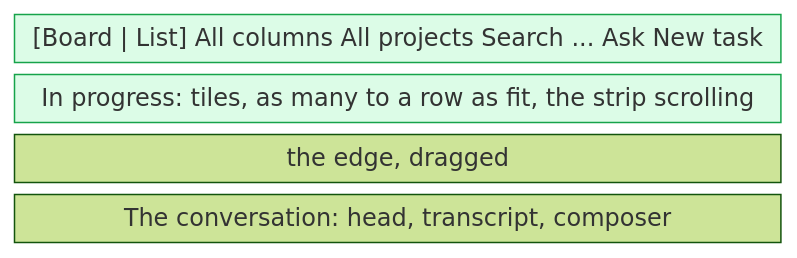
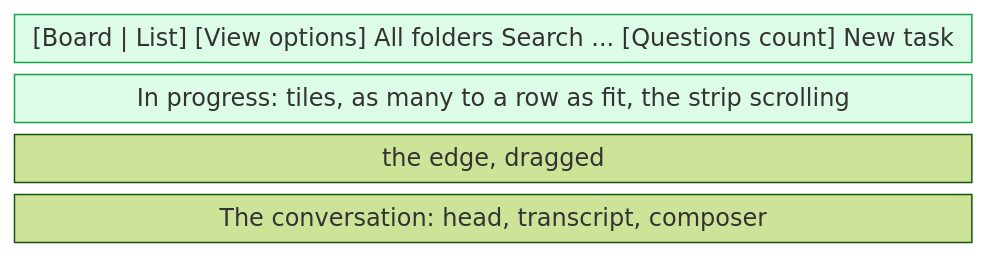
The diagram in docs/ux/board-layout.md (anetrebskii/geckit), drawn with Mermaid (forest theme) before and after one commit. The commit also changed other lines of this file and 8 other files, not shown here.

````diff
--- a/docs/ux/board-layout.md
+++ b/docs/ux/board-layout.md
@@ -25,10 +25,10 @@
 ```mermaid
 block-beta
   columns 3
-  t1["[Board | List]  All columns  All projects  Search  ...  Ask  New task"]:3
+  t1["[Board | List] [View options]  All folders  Search  ...  [Questions count]  New task"]:3
   b1["In progress: tiles, as many to a row as fit, the strip scrolling"]:3
   g1["the edge, dragged"]:3
   c1["The conversation: head, transcript, composer"]:3
   style t1 fill:#dcfce7,stroke:#16a34a
   style b1 fill:#dcfce7,stroke:#16a34a
 ```
````
